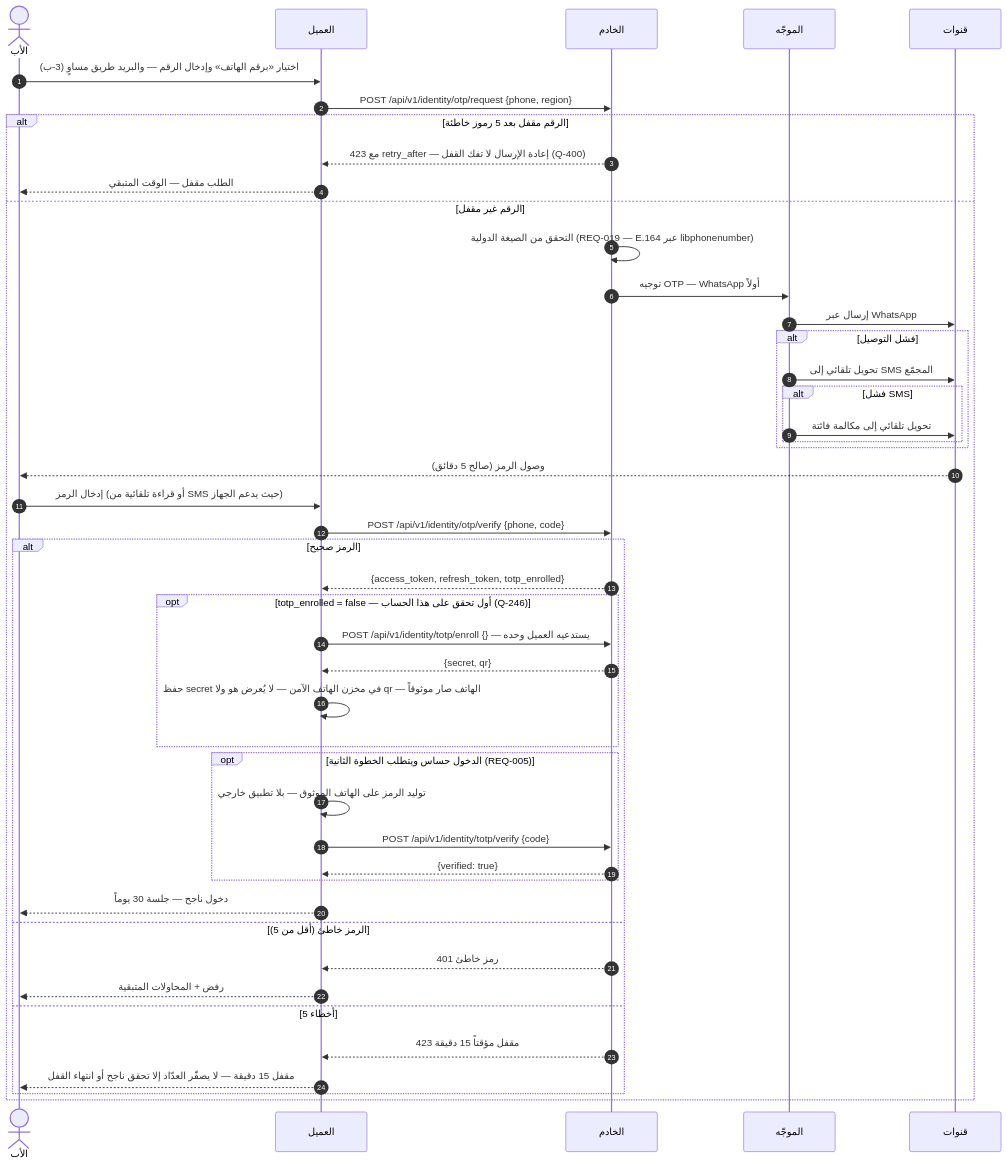
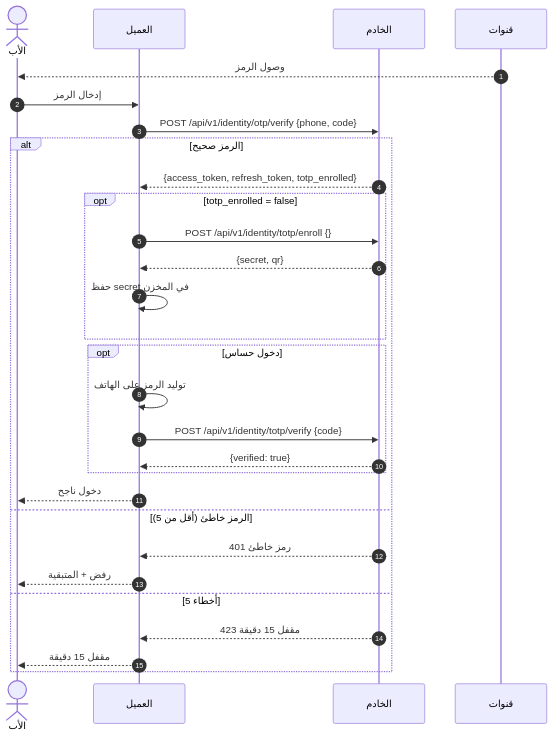
Before and after one commit to Bassam-mohammed-alqaeadi/family-os-v2: the sixth of 36 diagrams in docs/family-os/governance/phases/phase-1/S1-02-identity-and-onboarding/DIAGRAMS.md, drawn with Mermaid. The commit also changed other lines of this file, not shown here.

First line of the commit message:
Q-434 S1-02: content (REQ-029/030, Q-425/426/427) + shape (15→36 blocks)

````diff
--- a/docs/family-os/governance/phases/phase-1/S1-02-identity-and-onboarding/DIAGRAMS.md
+++ b/docs/family-os/governance/phases/phase-1/S1-02-identity-and-onboarding/DIAGRAMS.md
@@ -247,48 +328,31 @@
 ```mermaid
 sequenceDiagram
     autonumber
     actor Father as الأب
     participant Client as العميل
     participant Ktor as الخادم
-    participant Router as الموجّه
     participant Channels as قنوات
-    Father->>Client: اختيار «برقم الهاتف» وإدخال الرقم — والبريد طريق مساوٍ (3-ب)
-    Client->>Ktor: POST /api/v1/identity/otp/request {phone, region}
-    alt الرقم مقفل بعد 5 رموز خاطئة
-        Ktor-->>Client: 423 مع retry_after — إعادة الإرسال لا تفك القفل (Q-400)
-        Client-->>Father: الطلب مقفل — الوقت المتبقي
-    else الرقم غير مقفل
-        Ktor->>Ktor: التحقق من الصيغة الدولية (REQ-019 — E.164 عبر libphonenumber)
-        Ktor->>Router: توجيه OTP — WhatsApp أولاً
-        Router->>Channels: إرسال عبر WhatsApp
-        alt فشل التوصيل
-            Router->>Channels: تحويل تلقائي إلى SMS المجمّع
-            alt فشل SMS
-                Router->>Channels: تحويل تلقائي إلى مكالمة فائتة
-            end
+    Channels-->>Father: وصول الرمز
+    Father->>Client: إدخال الرمز
+    Client->>Ktor: POST /api/v1/identity/otp/verify {phone, code}
+    alt الرمز صحيح
+        Ktor-->>Client: {access_token, refresh_token, totp_enrolled}
+        opt totp_enrolled = false
+            Client->>Ktor: POST /api/v1/identity/totp/enroll {}
+            Ktor-->>Client: {secret, qr}
+            Client->>Client: حفظ secret في المخزن
         end
-        Channels-->>Father: وصول الرمز (صالح 5 دقائق)
-        Father->>Client: إدخال الرمز (أو قراءة تلقائية من SMS حيث يدعم الجهاز)
-        Client->>Ktor: POST /api/v1/identity/otp/verify {phone, code}
-        alt الرمز صحيح
-            Ktor-->>Client: {access_token, refresh_token, totp_enrolled}
-            opt totp_enrolled = false — أول تحقق على هذا الحساب (Q-246)
-                Client->>Ktor: POST /api/v1/identity/totp/enroll {} — يستدعيه العميل وحده
-                Ktor-->>Client: {secret, qr}
-                Client->>Client: حفظ secret في مخزن الهاتف الآمن — لا يُعرض هو ولا qr — الهاتف صار موثوقاً
-            end
-            opt الدخول حساس ويتطلب الخطوة الثانية (REQ-005)
-                Client->>Client: توليد الرمز على الهاتف الموثوق — بلا تطبيق خارجي
-                Client->>Ktor: POST /api/v1/identity/totp/verify {code}
-                Ktor-->>Client: {verified: true}
-            end
-            Client-->>Father: دخول ناجح — جلسة 30 يوماً
-        else الرمز خاطئ (أقل من 5)
-            Ktor-->>Client: 401 رمز خاطئ
-            Client-->>Father: رفض + المحاولات المتبقية
-        else 5 أخطاء
-            Ktor-->>Client: 423 مقفل مؤقتاً 15 دقيقة
-            Client-->>Father: مقفل 15 دقيقة — لا يصفّر العدّاد إلا تحقق ناجح أو انتهاء القفل
+        opt دخول حساس
+            Client->>Client: توليد الرمز على الهاتف
+            Client->>Ktor: POST /api/v1/identity/totp/verify {code}
+            Ktor-->>Client: {verified: true}
         end
+        Client-->>Father: دخول ناجح
+    else الرمز خاطئ (أقل من 5)
+        Ktor-->>Client: 401 رمز خاطئ
+        Client-->>Father: رفض + المتبقية
+    else 5 أخطاء
+        Ktor-->>Client: 423 مقفل 15 دقيقة
+        Client-->>Father: مقفل 15 دقيقة
     end
 ```
````
